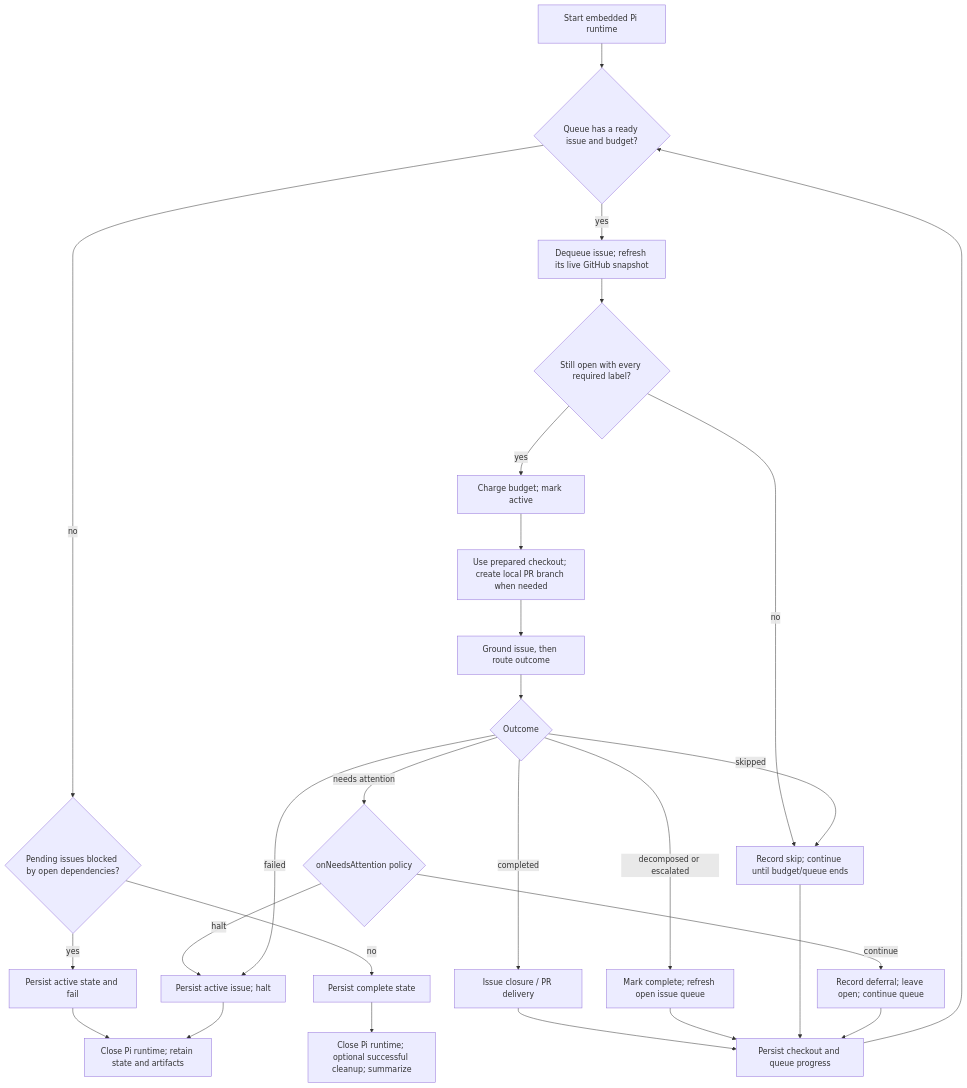
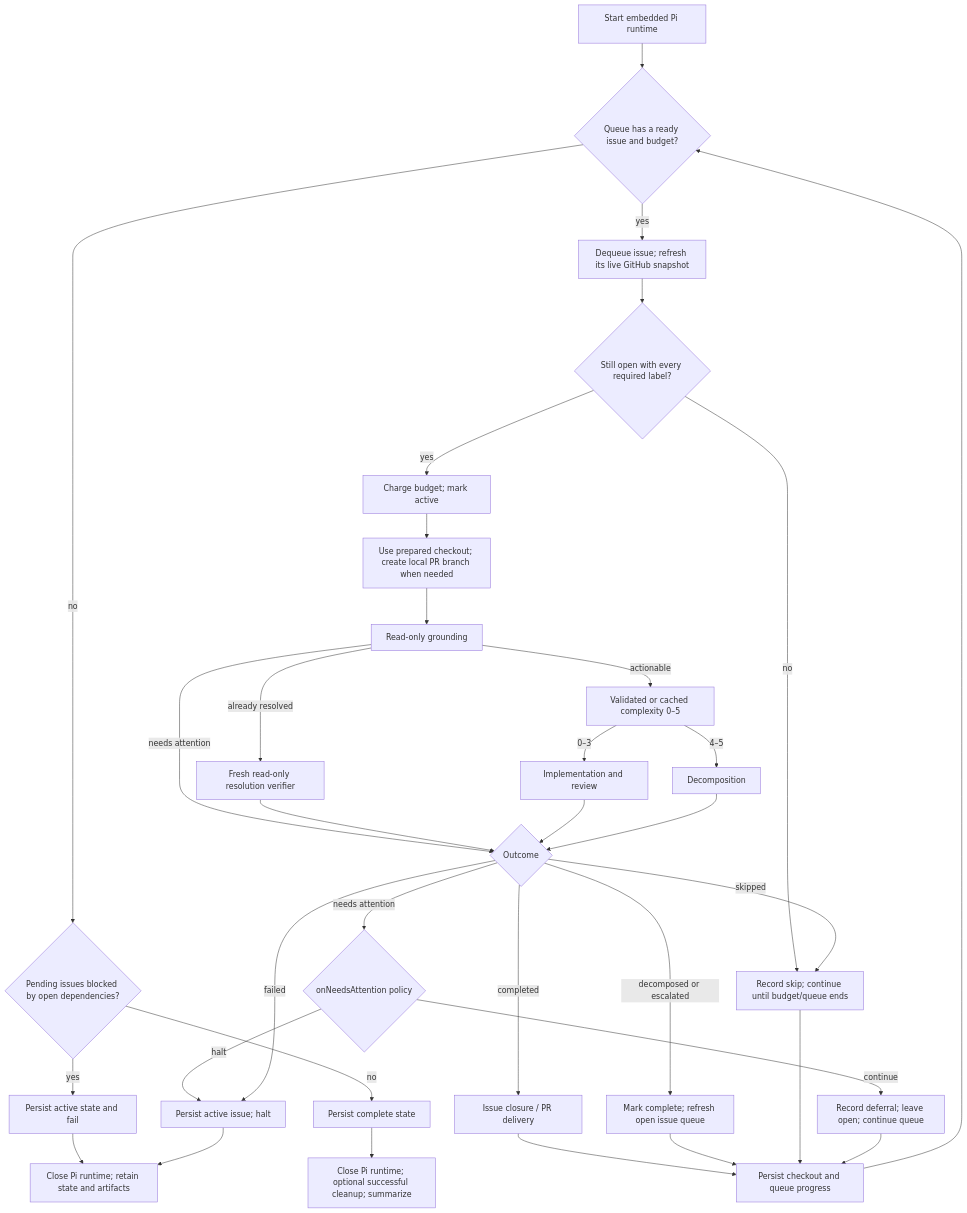
One commit to beremaran/ralphie changed the second of 6 diagrams in docs/end-to-end-execution.md. Above: the diagram before and after it, drawn with Mermaid. The commit also changed other lines of this file and 1 other file, not shown here.

First line of the commit message:
Document refresh-gated routing and safe issue outcomes

````diff
--- a/docs/end-to-end-execution.md
+++ b/docs/end-to-end-execution.md
@@ -119,29 +119,36 @@
 ```mermaid
 flowchart TD
     A["Start embedded Pi runtime"] --> B{"Queue has a ready issue and budget?"}
     B -->|no| C{"Pending issues blocked by open dependencies?"}
     C -->|yes| D["Persist active state and fail"]
     C -->|no| E["Persist complete state"]
     B -->|yes| F["Dequeue issue; refresh its live GitHub snapshot"]
     F --> T{"Still open with every required label?"}
     T -->|no| M["Record durable skip; complete queue item"]
     T -->|yes| G["Charge budget; mark active"]
     G --> H["Use prepared checkout; create local PR branch when needed"]
-    H --> I["Ground issue, then route outcome"]
-    I --> J{"Outcome"}
+    H --> I["Read-only grounding"]
+    I -->|actionable| U["Validated or cached complexity 0–5"]
+    I -->|already resolved| V["Fresh read-only resolution verifier"]
+    I -->|needs attention| J{"Outcome"}
+    U -->|0–3| W["Implementation and review"]
+    U -->|4–5| X["Decomposition"]
+    V --> J
+    W --> J
+    X --> J
     J -->|completed| K["Issue closure / PR delivery"]
     J -->|decomposed or escalated| L["Mark complete; refresh open issue queue"]
     J -->|skipped| M["Record skip; continue until budget/queue ends"]
     J -->|needs attention| Q{"onNeedsAttention policy"}
     Q -->|continue| P["Record deferral; leave open; continue queue"]
     Q -->|halt| N["Persist active issue; handled stop"]
     J -->|failed| N["Persist active issue; halt"]
     K --> O["Persist checkout and queue progress"]
     L --> O
     M --> O
     P --> O
     O --> B
     E --> R["Close Pi runtime; optional successful cleanup; summarize"]
     D --> S["Close Pi runtime; retain state and artifacts"]
     N --> S
 ```
````
